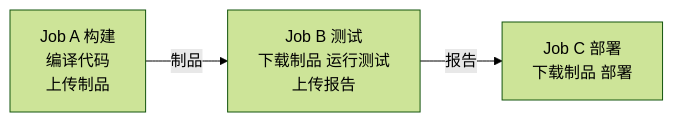
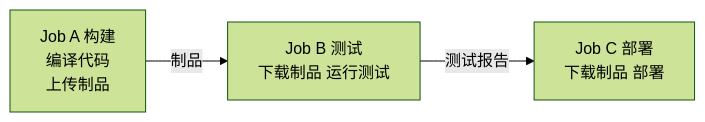
The diagram in cnt-content/full/004-github/035-ActionsArtifact.md (complexInG/FANDEX), drawn with Mermaid (forest theme) before and after one commit. The commit also changed other lines of this file and 219 other files, not shown here.

````diff
--- a/cnt-content/full/004-github/035-ActionsArtifact.md
+++ b/cnt-content/full/004-github/035-ActionsArtifact.md
@@ -24,4 +36,5 @@
 ```mermaid
 flowchart LR
-    JA[Job A 构建<br/>编译代码<br/>上传制品] -->|制品| JB[Job B 测试<br/>下载制品 运行测试<br/>上传报告] -->|报告| JC[Job C 部署<br/>下载制品 部署]
+    JA[Job A 构建<br/>编译代码<br/>上传制品] -->|制品| JB[Job B 测试<br/>下载制品 运行测试]
+    JB -->|测试报告| JC[Job C 部署<br/>下载制品 部署]
 ```
````
